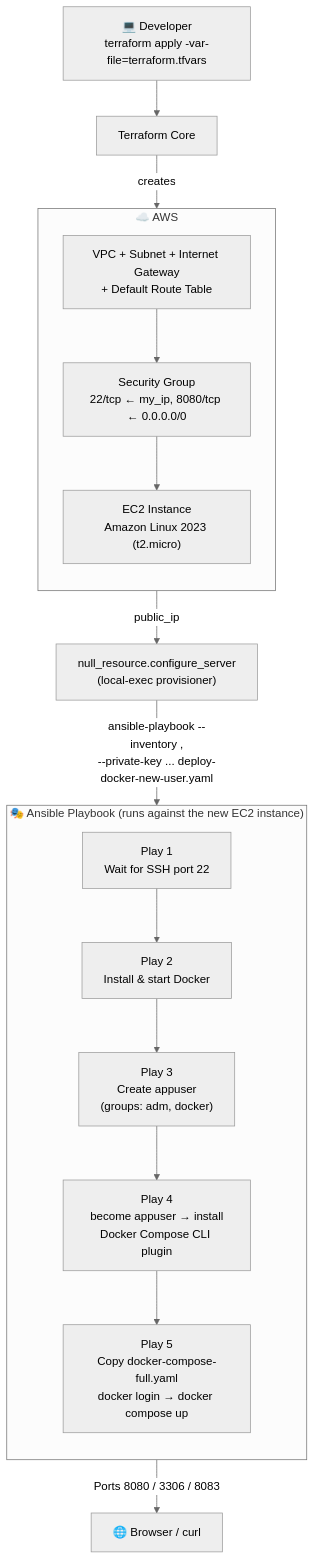
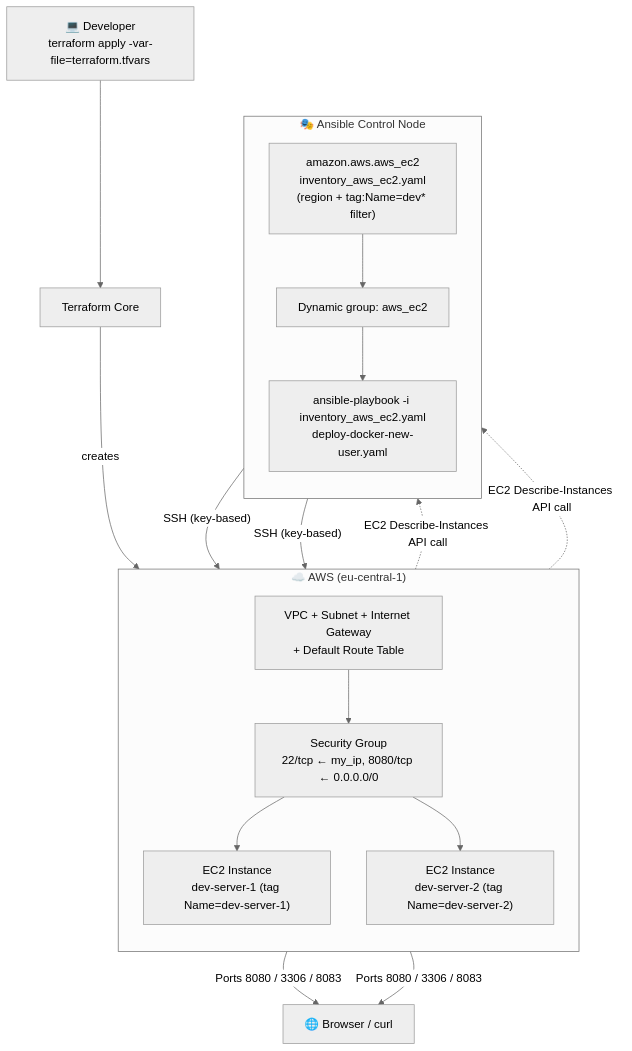
One commit to mustafa-saleh/ansible-configure-dynamic-inventory changed the diagram in README.md. Above: the diagram before and after it, drawn with Mermaid (neutral theme). The commit also changed other lines of this file and 3 other files, not shown here.

````diff
--- a/README.md
+++ b/README.md
@@ -82,25 +82,28 @@
 ```mermaid
 flowchart TB
     Dev["💻 Developer<br/>terraform apply -var-file=terraform.tfvars"] --> TF["Terraform Core"]
 
-    subgraph AWS["☁️ AWS"]
+    subgraph AWS["☁️ AWS (eu-central-1)"]
         direction TB
         VPC["VPC + Subnet + Internet Gateway<br/>+ Default Route Table"] --> SG["Security Group<br/>22/tcp ← my_ip, 8080/tcp ← 0.0.0.0/0"]
-        SG --> EC2["EC2 Instance<br/>Amazon Linux 2023 (t2.micro)"]
+        SG --> EC2A["EC2 Instance<br/>dev-server-1 (tag Name=dev-server-1)"]
+        SG --> EC2B["EC2 Instance<br/>dev-server-2 (tag Name=dev-server-2)"]
     end
 
     TF -- "creates" --> AWS
-    EC2 -- "public_ip" --> NR["null_resource.configure_server<br/>(local-exec provisioner)"]
 
-    NR -- "ansible-playbook --inventory <public_ip>,<br/>--private-key ... deploy-docker-new-user.yaml" --> P1
+    EC2A -.->|"EC2 Describe-Instances API call"| Plugin
+    EC2B -.->|"EC2 Describe-Instances API call"| Plugin
 
-    subgraph Playbook["🎭 Ansible Playbook (runs against the new EC2 instance)"]
+    subgraph Ansible["🎭 Ansible Control Node"]
         direction TB
-        P1["Play 1<br/>Wait for SSH port 22"] --> P2["Play 2<br/>Install & start Docker"]
-        P2 --> P3["Play 3<br/>Create appuser<br/>(groups: adm, docker)"]
-        P3 --> P4["Play 4<br/>become appuser → install<br/>Docker Compose CLI plugin"]
-        P4 --> P5["Play 5<br/>Copy docker-compose-full.yaml<br/>docker login → docker compose up"]
+        Plugin["amazon.aws.aws_ec2<br/>inventory_aws_ec2.yaml<br/>(region + tag:Name=dev* filter)"] --> Group["Dynamic group: aws_ec2"]
+        Group --> PB["ansible-playbook -i inventory_aws_ec2.yaml<br/>deploy-docker-new-user.yaml"]
     end
 
-    P5 -- "Ports 8080 / 3306 / 8083" --> Browser["🌐 Browser / curl"]
+    PB -- "SSH (key-based)" --> EC2A
+    PB -- "SSH (key-based)" --> EC2B
+
+    EC2A -- "Ports 8080 / 3306 / 8083" --> Browser["🌐 Browser / curl"]
+    EC2B -- "Ports 8080 / 3306 / 8083" --> Browser
 ```
````
